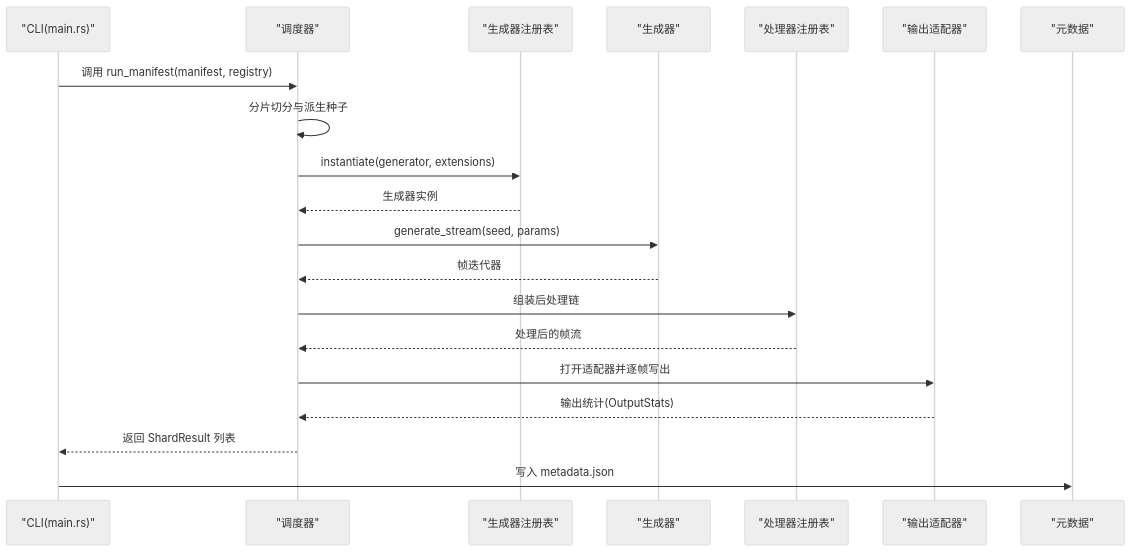
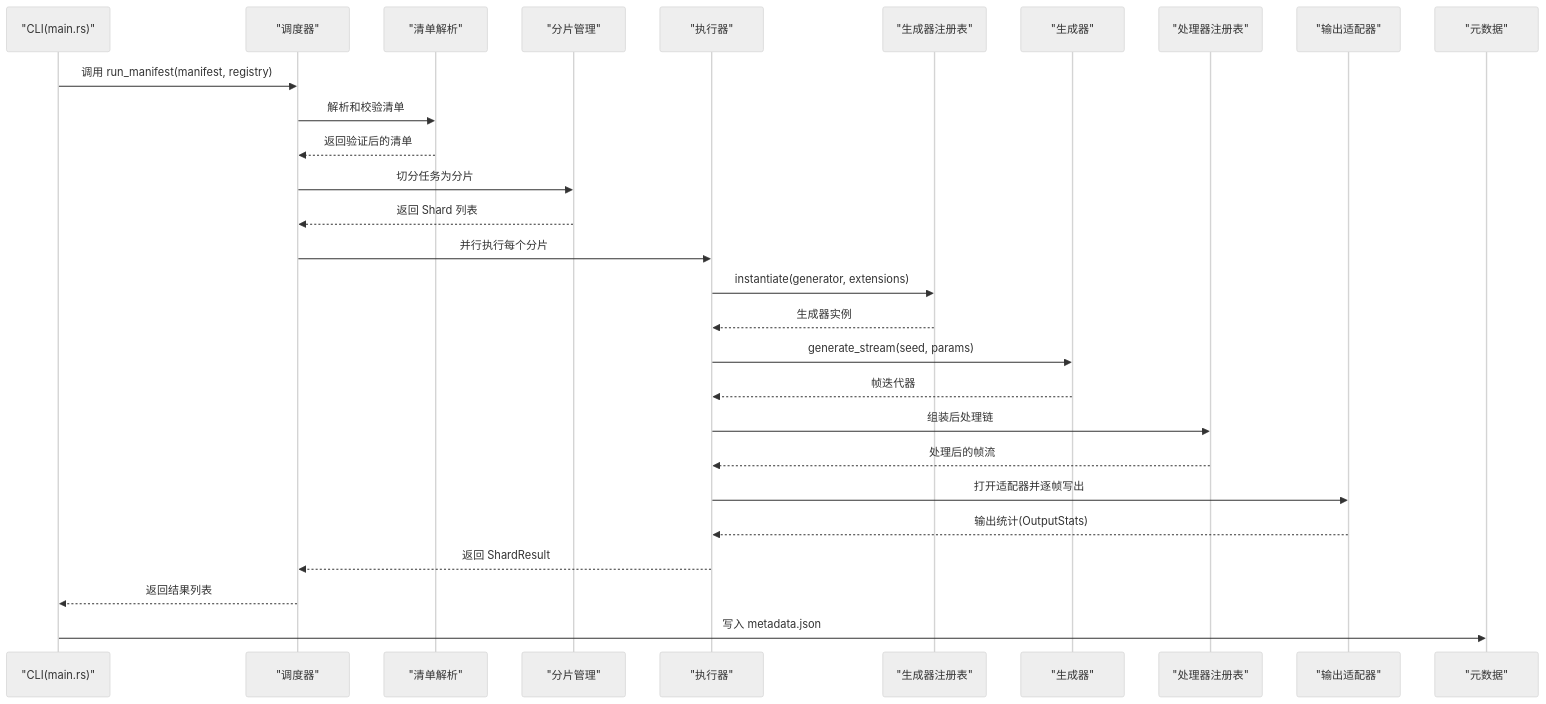
One commit to shiyukonghui/StructGen-rs changed the fifth of 6 diagrams in .qoder/repowiki/zh/content/任务调度层/任务调度层.md. Above: the diagram before and after it, drawn with Mermaid (neutral theme). The commit also changed other lines of this file and 8 other files, not shown here.

````diff
--- a/.qoder/repowiki/zh/content/任务调度层/任务调度层.md
+++ b/.qoder/repowiki/zh/content/任务调度层/任务调度层.md
@@ -177,22 +200,30 @@
 ```mermaid
 sequenceDiagram
 participant CLI as "CLI(main.rs)"
 participant SCH as "调度器"
+participant MAN as "清单解析"
+participant SHARD as "分片管理"
+participant EXEC as "执行器"
 participant REG as "生成器注册表"
 participant GEN as "生成器"
 participant PIPE as "处理器注册表"
 participant ADP as "输出适配器"
 participant META as "元数据"
 CLI->>SCH : 调用 run_manifest(manifest, registry)
-SCH->>SCH : 分片切分与派生种子
-SCH->>REG : instantiate(generator, extensions)
-REG-->>SCH : 生成器实例
-SCH->>GEN : generate_stream(seed, params)
-GEN-->>SCH : 帧迭代器
-SCH->>PIPE : 组装后处理链
-PIPE-->>SCH : 处理后的帧流
-SCH->>ADP : 打开适配器并逐帧写出
-ADP-->>SCH : 输出统计(OutputStats)
-SCH-->>CLI : 返回 ShardResult 列表
+SCH->>MAN : 解析和校验清单
+MAN-->>SCH : 返回验证后的清单
+SCH->>SHARD : 切分任务为分片
+SHARD-->>SCH : 返回 Shard 列表
+SCH->>EXEC : 并行执行每个分片
+EXEC->>REG : instantiate(generator, extensions)
+REG-->>EXEC : 生成器实例
+EXEC->>GEN : generate_stream(seed, params)
+GEN-->>EXEC : 帧迭代器
+EXEC->>PIPE : 组装后处理链
+PIPE-->>EXEC : 处理后的帧流
+EXEC->>ADP : 打开适配器并逐帧写出
+ADP-->>EXEC : 输出统计(OutputStats)
+EXEC-->>SCH : 返回 ShardResult
+SCH-->>CLI : 返回结果列表
 CLI->>META : 写入 metadata.json
 ```
````
